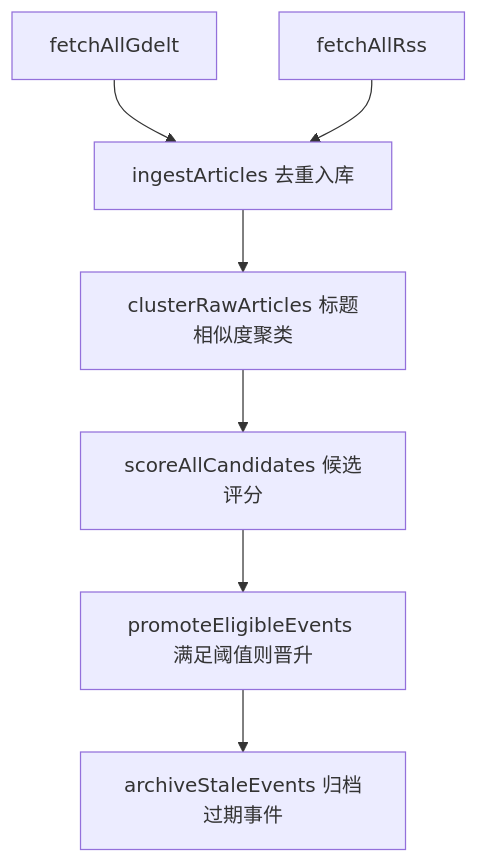
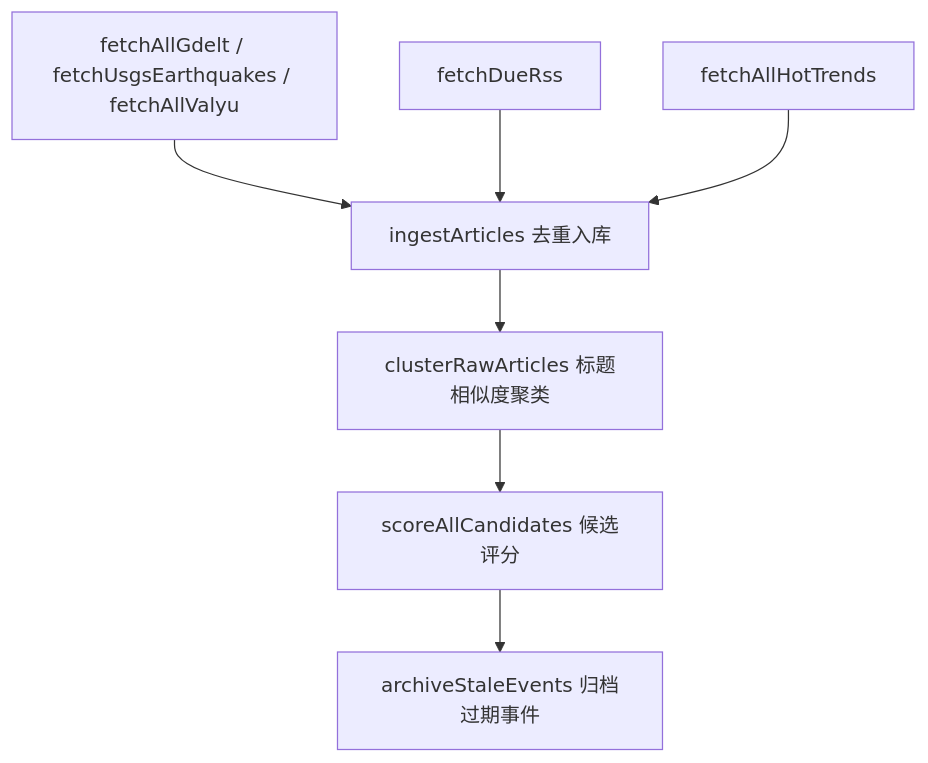
One commit to Baozi926/event-time-line changed the second of 2 diagrams in docs/data-collection.md. Above: the diagram before and after it, drawn with Mermaid. The commit also changed other lines of this file and 86 other files, not shown here.

````diff
--- a/docs/data-collection.md
+++ b/docs/data-collection.md
@@ -271,9 +279,9 @@
 ```mermaid
 flowchart TD
-    A[fetchAllGdelt] --> B[ingestArticles 去重入库]
-    C[fetchAllRss] --> B
-    B --> D[clusterRawArticles 标题相似度聚类]
-    D --> E[scoreAllCandidates 候选评分]
-    E --> F[promoteEligibleEvents 满足阈值则晋升]
+    A[fetchAllGdelt / fetchUsgsEarthquakes / fetchAllValyu] --> B[ingestArticles 去重入库]
+    C[fetchDueRss] --> B
+    D[fetchAllHotTrends] --> B
+    B --> E[clusterRawArticles 标题相似度聚类]
+    E --> F[scoreAllCandidates 候选评分]
     F --> G[archiveStaleEvents 归档过期事件]
 ```
````
